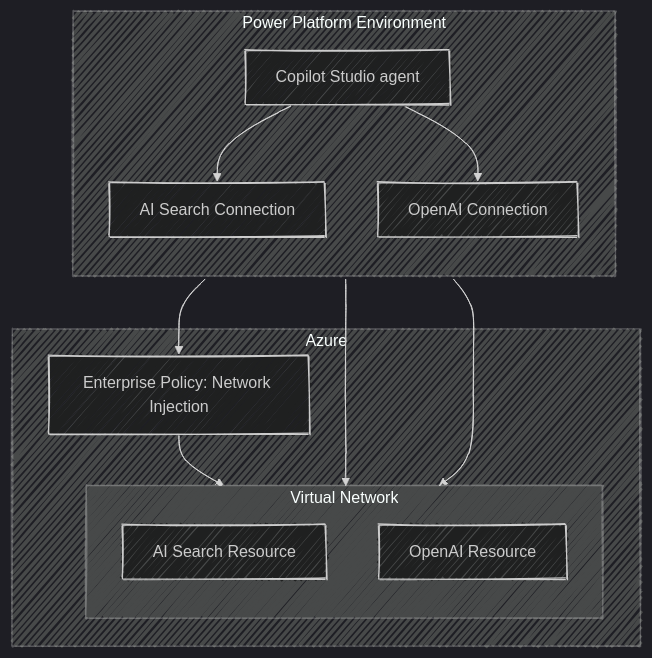
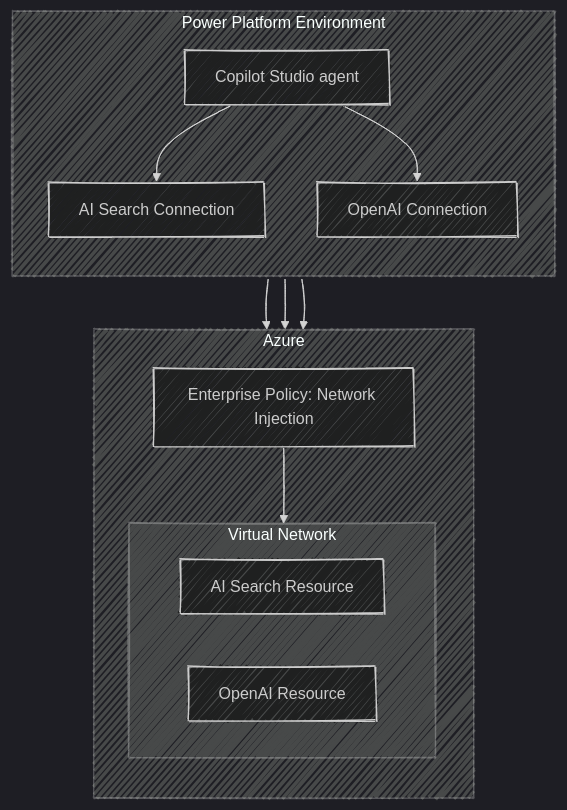
The diagram in README.md (Azure-Samples/Copilot-Studio-with-Azure-AI-Search), drawn with Mermaid before and after one commit.

Commit message:
Updating the architecture graph layout

````diff
--- a/README.md
+++ b/README.md
@@ -22,32 +22,33 @@
 ```mermaid
 ---
 config:
   theme: dark
   look: handDrawn
   width: 1000
   height: 600
 ---
-graph
+graph TD
   subgraph PowerPlatform["Power Platform Environment"]
     direction TB
     A[AI Search Connection]
     B[Copilot Studio agent]
     C[OpenAI Connection]
   end
 
   subgraph Azure["Azure"]
+    direction TB
     D[Enterprise Policy: Network Injection]
     subgraph VirtualNetwork["Virtual Network"]
-        direction TB
+        direction LR
         E[AI Search Resource]
         F[OpenAI Resource]
     end
   end
 
   PowerPlatform --> D
   B --> C
   B --> A
   C --> F
   A --> E
   D --> VirtualNetwork
 ```
````
